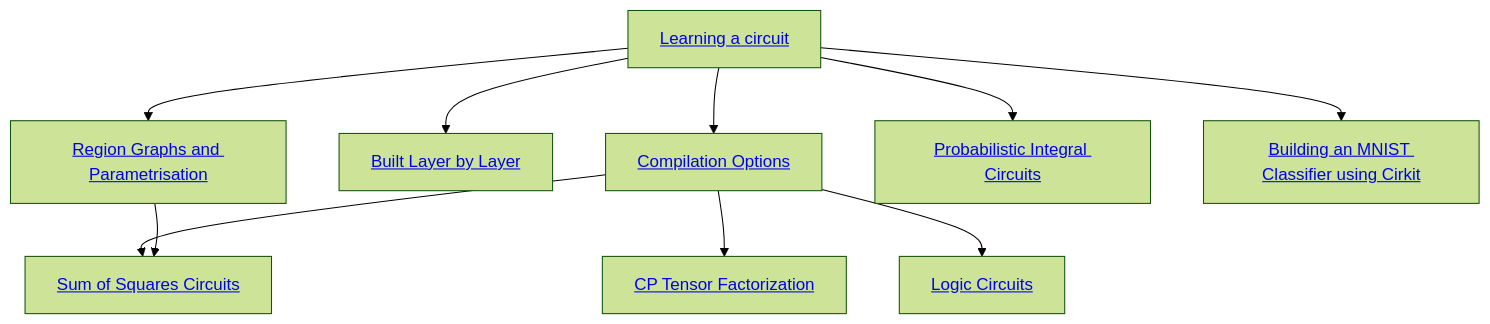
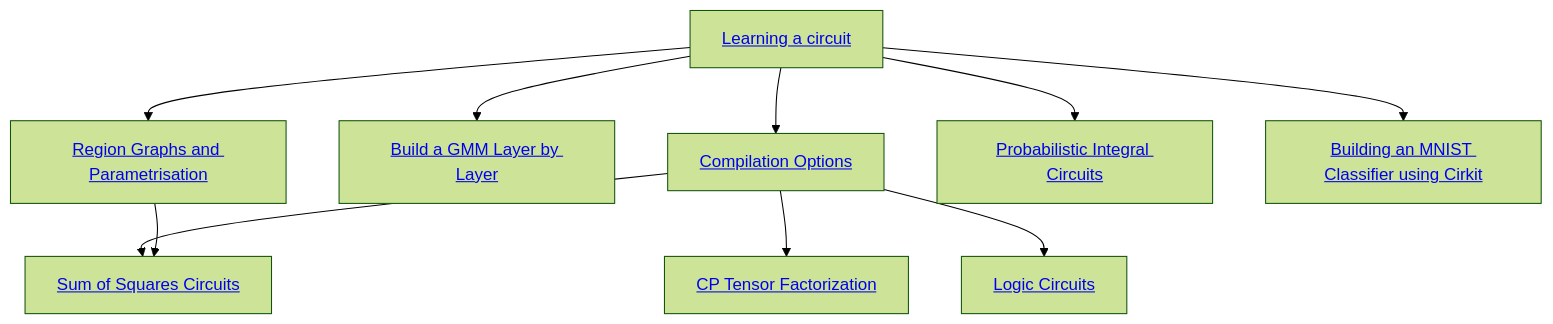
The diagram in notebooks/README.md (april-tools/cirkit), drawn with Mermaid (forest theme) before and after one commit. The commit also changed 1 other file, not shown here.

Commit message:
Add CP diagram

````diff
--- a/notebooks/README.md
+++ b/notebooks/README.md
@@ -15,12 +15,12 @@
 ```mermaid
 graph TD;
     A[<a href='https://github.com/april-tools/cirkit/blob/main/notebooks/learning-a-circuit.ipynb'>Learning a circuit</a>]-->B[<a href='https://github.com/april-tools/cirkit/blob/main/notebooks/compilation-options.ipynb'>Compilation Options</a>];
-    A-->I[<a href='https://github.com/april-tools/cirkit/blob/main/notebooks/learning-a-gaussian-mixture-model.ipynb'>Built Layer by Layer</a>];
+    A-->I[<a href='https://github.com/april-tools/cirkit/blob/main/notebooks/learning-a-gaussian-mixture-model.ipynb'>Build a GMM Layer by Layer</a>];
     A-->C[<a href='https://github.com/april-tools/cirkit/blob/main/notebooks/region-graphs-and-parametrisation.ipynb'>Region Graphs and Parametrisation</a>];
     A-->D[<a href='https://github.com/april-tools/cirkit/blob/main/notebooks/learning-a-circuit-with-pic.ipynb'>Probabilistic Integral Circuits</a>];
     A-->H[<a href='https://github.com/april-tools/cirkit/blob/main/notebooks/generative-vs-discriminative-circuit.ipynb'>Building an MNIST Classifier using Cirkit</a>];
     B-->E[<a href='https://github.com/april-tools/cirkit/blob/main/notebooks/sum-of-squares-circuits.ipynb'>Sum of Squares Circuits</a>];
     C-->E;
     B-->F[<a href='https://github.com/april-tools/cirkit/blob/main/notebooks/compression-cp-factorization.ipynb'>CP Tensor Factorization</a>];
     B-->G[<a href='https://github.com/april-tools/cirkit/blob/main/notebooks/logic-circuits.ipynb'>Logic Circuits</a>]
 ```
````
